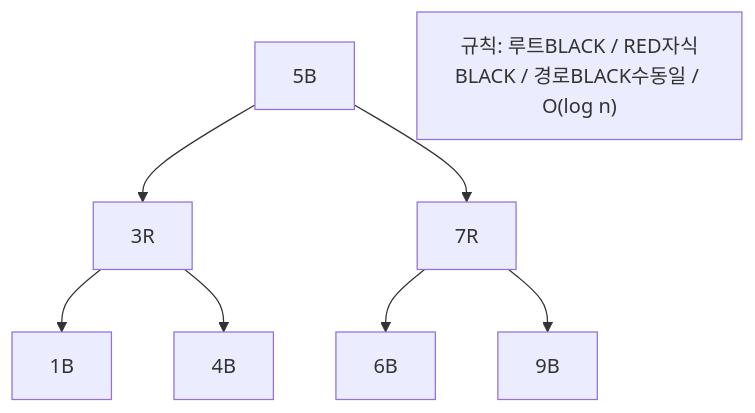
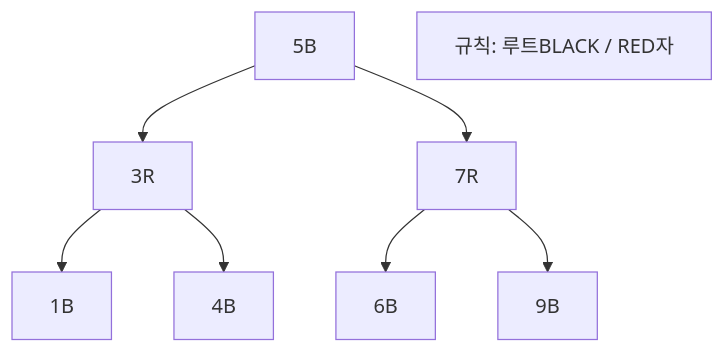
One commit to yjkim2015/yjkim2015.github.io changed the ninth of 21 diagrams in _posts/java/2026-05-01-java-collections.md. Above: the diagram before and after it, drawn with Mermaid. The commit also changed other lines of this file and 271 other files, not shown here.

First line of the commit message:
Mermaid 라벨 축소: 긴 노드 텍스트 18자 이하로 트림 + \n 제거

````diff
--- a/_posts/java/2026-05-01-java-collections.md
+++ b/_posts/java/2026-05-01-java-collections.md
@@ -352,7 +352,7 @@
 ```mermaid
 graph TD
     N5["5B"] --> N3["3R"] & N7["7R"]
     N3 --> N1["1B"] & N4["4B"]
     N7 --> N6["6B"] & N9["9B"]
-    RULE["규칙: 루트BLACK / RED자식BLACK / 경로BLACK수동일 / O(log n)"]
+    RULE["규칙: 루트BLACK / RED자"]
 ```
````
